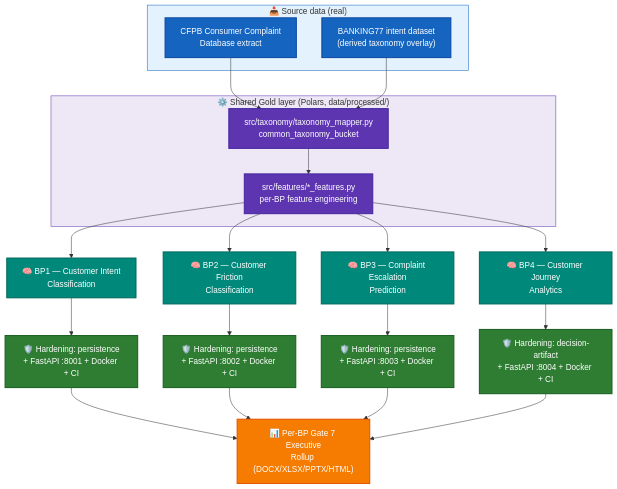
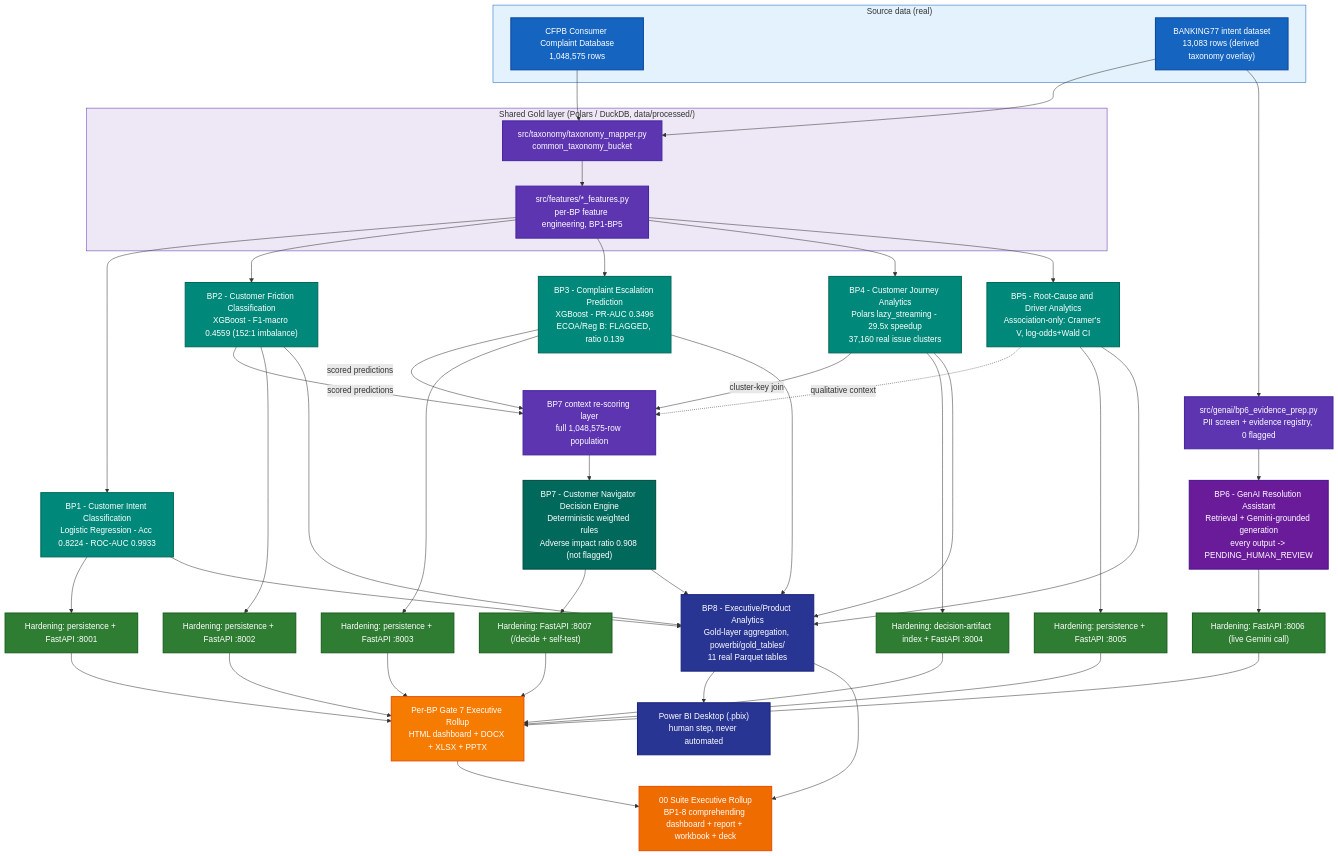
Before and after one commit to rnanda19/Customer360_Navigator_Enterprise_Suite: the diagram in docs/architecture/README.md, drawn with Mermaid. The commit also changed other lines of this file and 9 other files, not shown here.

Commit message:
Add suite-wide architecture diagram, live report links, OSS governance files, root docker-compose

````diff
--- a/docs/architecture/README.md
+++ b/docs/architecture/README.md
@@ -37,44 +31,81 @@
 ```mermaid
 flowchart TD
-    subgraph SRC["📥 Source data (real)"]
-        CFPB["CFPB Consumer Complaint\nDatabase extract"]
-        B77["BANKING77 intent dataset\n(derived taxonomy overlay)"]
+    subgraph SRC["Source data (real)"]
+        CFPB["CFPB Consumer Complaint Database\n1,048,575 rows"]
+        B77["BANKING77 intent dataset\n13,083 rows (derived taxonomy overlay)"]
     end
 
-    subgraph GOLD["⚙️ Shared Gold layer (Polars, data/processed/)"]
+    subgraph GOLD["Shared Gold layer (Polars / DuckDB, data/processed/)"]
         TAX["src/taxonomy/taxonomy_mapper.py\ncommon_taxonomy_bucket"]
-        SEV["src/features/*_features.py\nper-BP feature engineering"]
+        FEAT["src/features/*_features.py\nper-BP feature engineering, BP1-BP5"]
     end
 
     CFPB --> TAX
     B77 --> TAX
-    TAX --> SEV
+    TAX --> FEAT
 
-    SEV --> BP1["🧠 BP1 — Customer Intent\nClassification"]
-    SEV --> BP2["🧠 BP2 — Customer Friction\nClassification"]
-    SEV --> BP3["🧠 BP3 — Complaint Escalation\nPrediction"]
-    SEV --> BP4["🧠 BP4 — Customer Journey\nAnalytics"]
+    FEAT --> BP1["BP1 - Customer Intent Classification\nLogistic Regression - Acc 0.8224 - ROC-AUC 0.9933"]
+    FEAT --> BP2["BP2 - Customer Friction Classification\nXGBoost - F1-macro 0.4559 (152:1 imbalance)"]
+    FEAT --> BP3["BP3 - Complaint Escalation Prediction\nXGBoost - PR-AUC 0.3496\nECOA/Reg B: FLAGGED, ratio 0.139"]
+    FEAT --> BP4["BP4 - Customer Journey Analytics\nPolars lazy_streaming - 29.5x speedup\n37,160 real issue clusters"]
+    FEAT --> BP5["BP5 - Root-Cause and Driver Analytics\nAssociation-only: Cramer's V, log-odds+Wald CI"]
 
-    BP1 --> H1["🛡️ Hardening: persistence\n+ FastAPI :8001 + Docker + CI"]
-    BP2 --> H2["🛡️ Hardening: persistence\n+ FastAPI :8002 + Docker + CI"]
-    BP3 --> H3["🛡️ Hardening: persistence\n+ FastAPI :8003 + Docker + CI"]
-    BP4 --> H4["🛡️ Hardening: decision-artifact\n+ FastAPI :8004 + Docker + CI"]
+    B77 --> BP6EV["src/genai/bp6_evidence_prep.py\nPII screen + evidence registry, 0 flagged"]
+    BP6EV --> BP6["BP6 - GenAI Resolution Assistant\nRetrieval + Gemini-grounded generation\nevery output -> PENDING_HUMAN_REVIEW"]
 
-    H1 --> ROLLUP["📊 Per-BP Gate 7 Executive\nRollup (DOCX/XLSX/PPTX/HTML)"]
+    BP2 -->|scored predictions| CTX["BP7 context re-scoring layer\nfull 1,048,575-row population"]
+    BP3 -->|scored predictions| CTX
+    BP4 -->|cluster-key join| CTX
+    BP5 -.->|qualitative context| CTX
+    CTX --> BP7["BP7 - Customer Navigator Decision Engine\nDeterministic weighted rules\nAdverse impact ratio 0.908 (not flagged)"]
+
+    BP1 --> H1["Hardening: persistence + FastAPI :8001"]
+    BP2 --> H2["Hardening: persistence + FastAPI :8002"]
+    BP3 --> H3["Hardening: persistence + FastAPI :8003"]
+    BP4 --> H4["Hardening: decision-artifact index + FastAPI :8004"]
+    BP5 --> H5["Hardening: persistence + FastAPI :8005"]
+    BP6 --> H6["Hardening: FastAPI :8006 (live Gemini call)"]
+    BP7 --> H7["Hardening: FastAPI :8007 (/decide + self-test)"]
+
+    H1 --> ROLLUP["Per-BP Gate 7 Executive Rollup\nHTML dashboard + DOCX + XLSX + PPTX"]
     H2 --> ROLLUP
     H3 --> ROLLUP
     H4 --> ROLLUP
+    H5 --> ROLLUP
+    H6 --> ROLLUP
+    H7 --> ROLLUP
+
+    BP1 --> BP8G["BP8 - Executive/Product Analytics\nGold-layer aggregation, powerbi/gold_tables/\n11 real Parquet tables"]
+    BP2 --> BP8G
+    BP3 --> BP8G
+    BP4 --> BP8G
+    BP5 --> BP8G
+    BP7 --> BP8G
+    BP8G --> PBI["Power BI Desktop (.pbix)\nhuman step, never automated"]
+
+    ROLLUP --> SUITE["00 Suite Executive Rollup\nBP1-8 comprehending dashboard + report + workbook + deck"]
+    BP8G --> SUITE
 
     classDef srcClass fill:#1565C0,stroke:#0D47A1,color:#fff,stroke-width:2px
     classDef goldClass fill:#5E35B1,stroke:#4527A0,color:#fff,stroke-width:2px
     classDef bpClass fill:#00897B,stroke:#00695C,color:#fff,stroke-width:2px
+    classDef genaiClass fill:#6A1B9A,stroke:#4A148C,color:#fff,stroke-width:2px
+    classDef decisionClass fill:#00695C,stroke:#004D40,color:#fff,stroke-width:2px
     classDef hardClass fill:#2E7D32,stroke:#1B5E20,color:#fff,stroke-width:2px
+    classDef analyticsClass fill:#283593,stroke:#1A237E,color:#fff,stroke-width:2px
     classDef outClass fill:#F57C00,stroke:#E65100,color:#fff,stroke-width:2px
+    classDef suiteClass fill:#EF6C00,stroke:#E65100,color:#fff,stroke-width:2px
+
     class CFPB,B77 srcClass
-    class TAX,SEV goldClass
-    class BP1,BP2,BP3,BP4 bpClass
-    class H1,H2,H3,H4 hardClass
+    class TAX,FEAT,BP6EV,CTX goldClass
+    class BP1,BP2,BP3,BP4,BP5 bpClass
+    class BP6 genaiClass
+    class BP7 decisionClass
+    class H1,H2,H3,H4,H5,H6,H7 hardClass
+    class BP8G,PBI analyticsClass
     class ROLLUP outClass
+    class SUITE suiteClass
+
     style SRC fill:#E3F2FD,stroke:#1565C0,stroke-width:1px
     style GOLD fill:#EDE7F6,stroke:#5E35B1,stroke-width:1px
 ```
````
